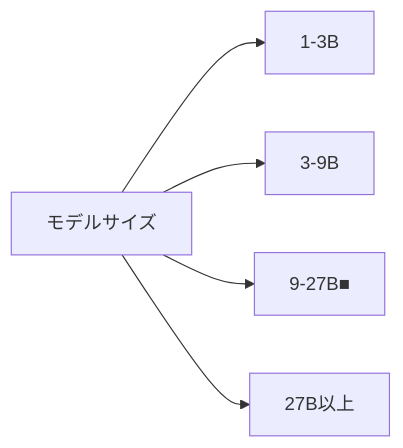
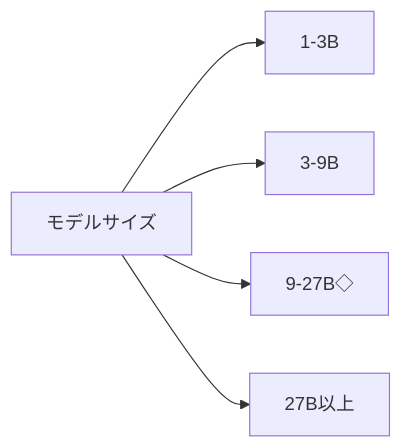
Before and after one commit to SparklingDetergent/doc_genai_Using_Generative_AI_with_Mac_Mini_-Introduction-: the tenth of 14 diagrams in README.md, drawn with Mermaid. The commit also changed other lines of this file, not shown here.

````diff
--- a/README.md
+++ b/README.md
@@ -212,7 +212,7 @@
 ```mermaid
 graph LR
     A[モデルサイズ] --> B[1-3B]
     A --> C[3-9B]
-    A --> D[9-27B■]
+    A --> D[9-27B◇]
     A --> E[27B以上]
 ```
````
